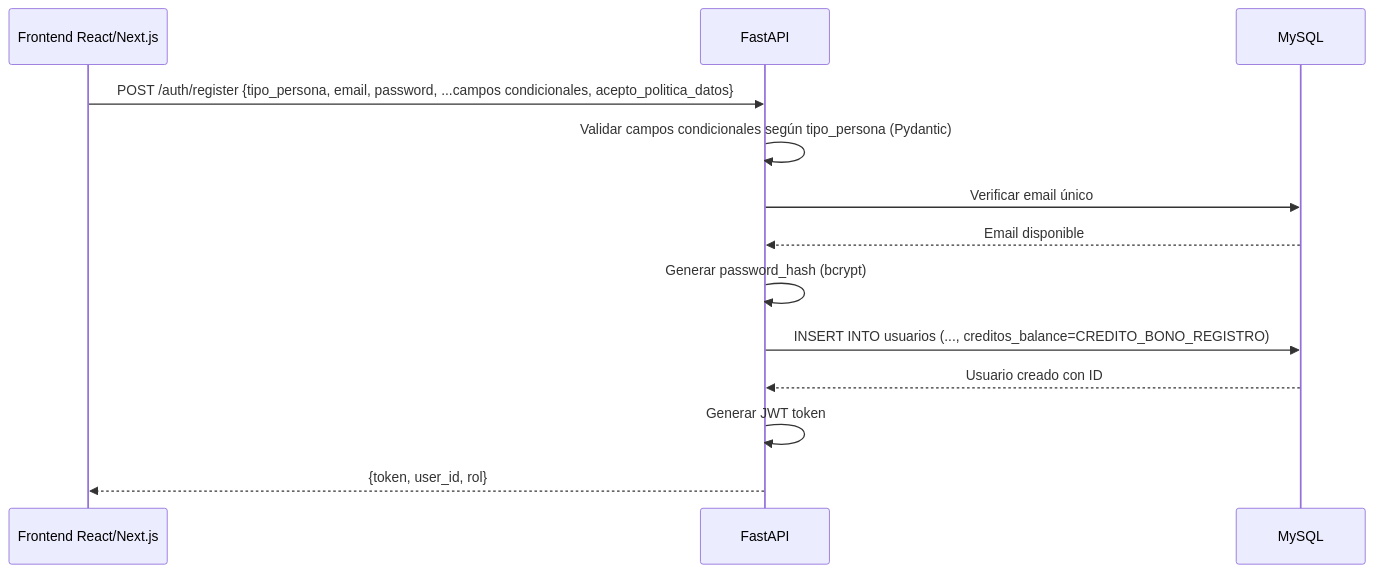
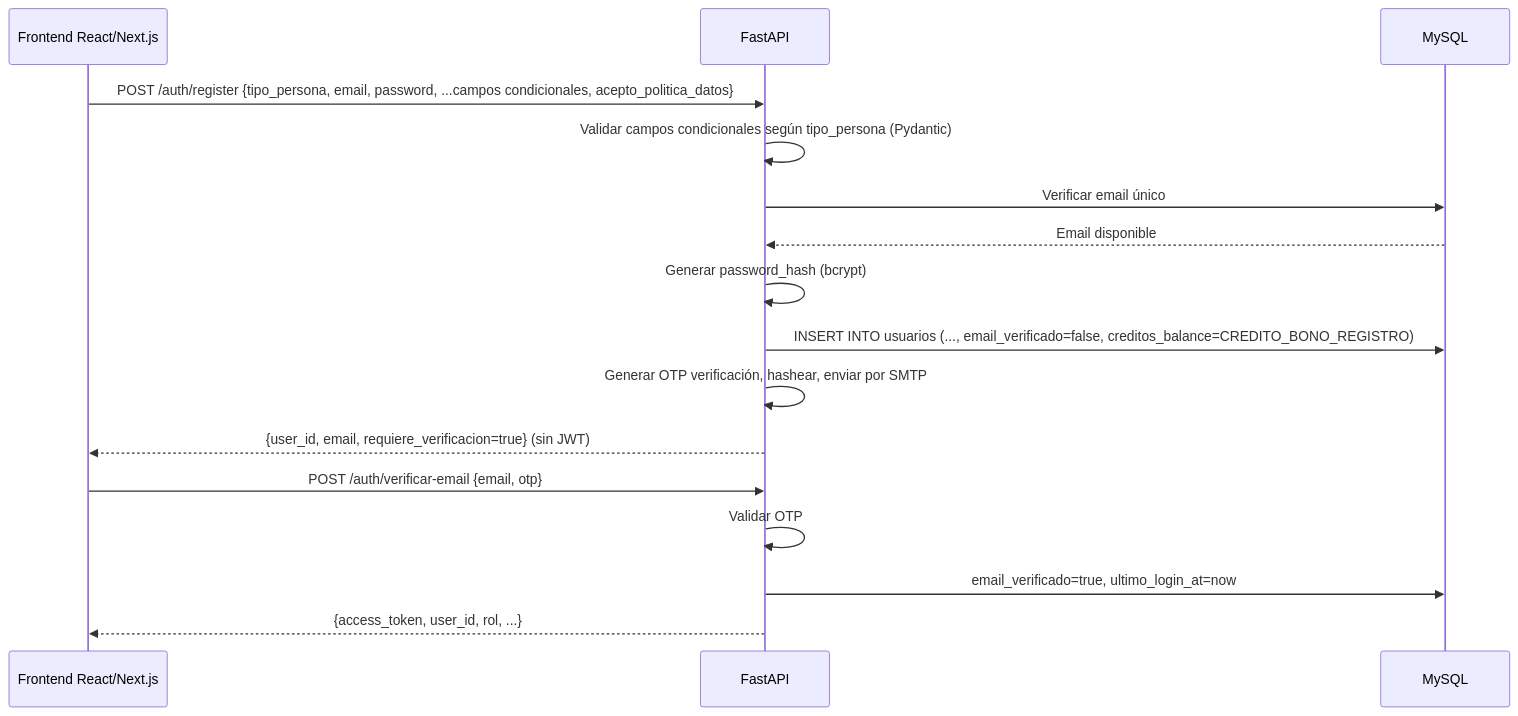
Before and after one commit to JuanEstebanAstaiza/ImportacionesQ8: the first of 7 diagrams in ImportacionesQ8V/Backend/Autenticacion.md, drawn with Mermaid. The commit also changed other lines of this file and 23 other files, not shown here.

````diff
--- a/ImportacionesQ8V/Backend/Autenticacion.md
+++ b/ImportacionesQ8V/Backend/Autenticacion.md
@@ -29,16 +29,20 @@
 ```mermaid
 sequenceDiagram
     participant Cliente as Frontend React/Next.js
     participant API as FastAPI
     participant DB as MySQL
 
     Cliente->>API: POST /auth/register {tipo_persona, email, password, ...campos condicionales, acepto_politica_datos}
     API->>API: Validar campos condicionales según tipo_persona (Pydantic)
     API->>DB: Verificar email único
     DB-->>API: Email disponible
     API->>API: Generar password_hash (bcrypt)
-    API->>DB: INSERT INTO usuarios (..., creditos_balance=CREDITO_BONO_REGISTRO)
-    DB-->>API: Usuario creado con ID
-    API->>API: Generar JWT token
-    API-->>Cliente: {token, user_id, rol}
+    API->>DB: INSERT INTO usuarios (..., email_verificado=false, creditos_balance=CREDITO_BONO_REGISTRO)
+    API->>API: Generar OTP verificación, hashear, enviar por SMTP
+    API-->>Cliente: {user_id, email, requiere_verificacion=true}  (sin JWT)
+
+    Cliente->>API: POST /auth/verificar-email {email, otp}
+    API->>API: Validar OTP
+    API->>DB: email_verificado=true, ultimo_login_at=now
+    API-->>Cliente: {access_token, user_id, rol, ...}
 ```
````
